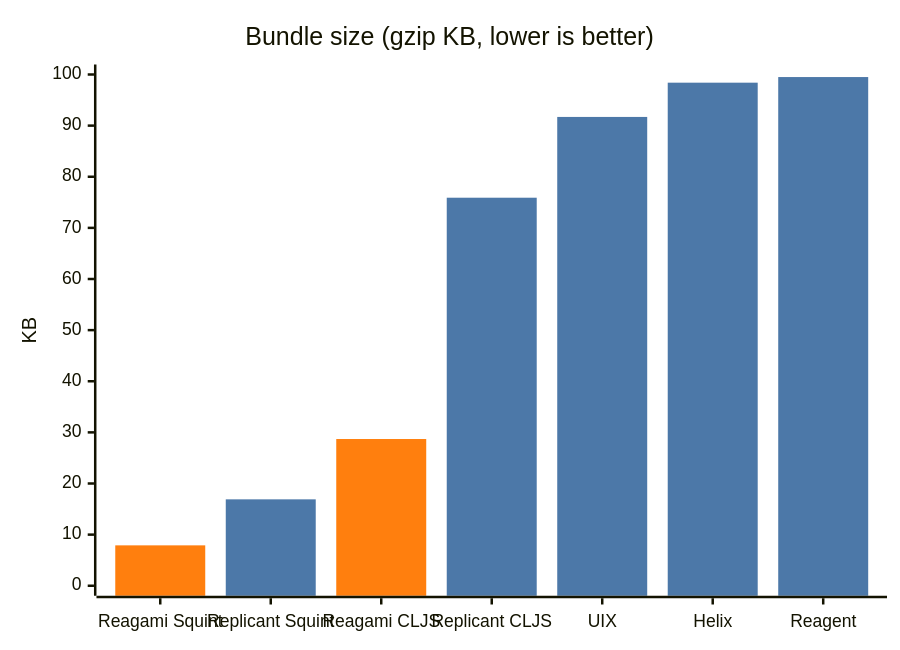
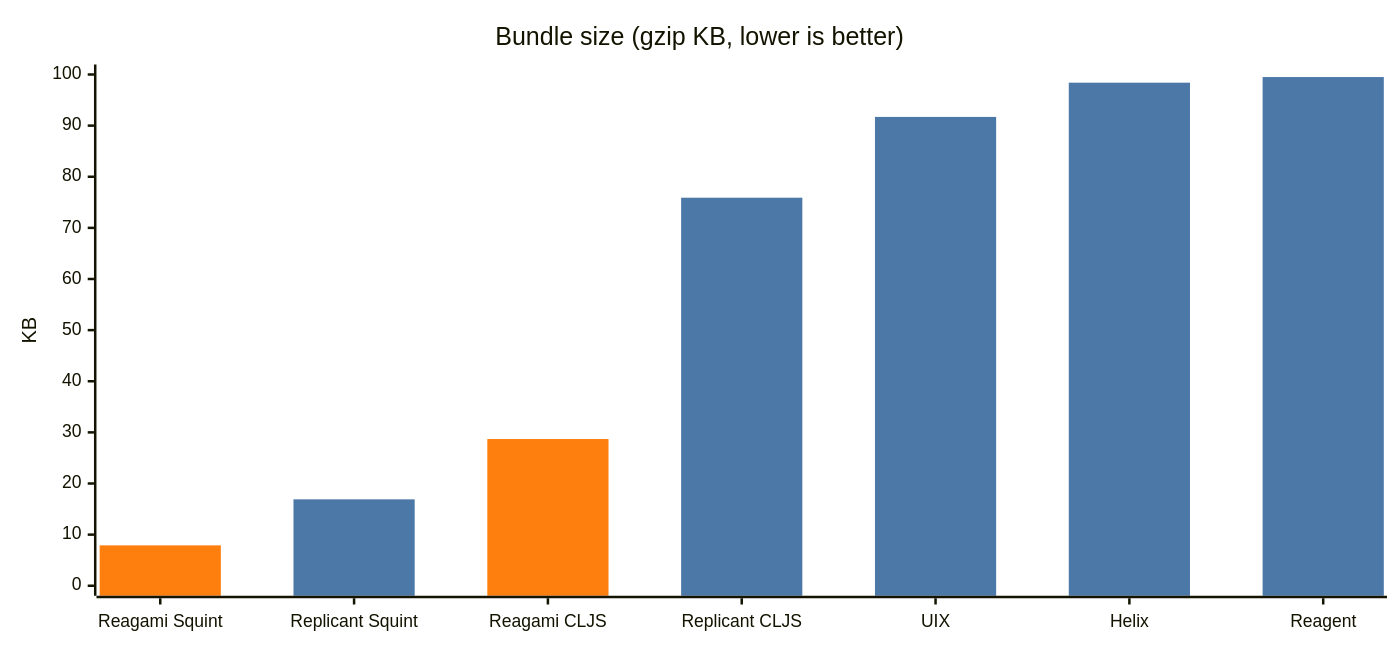
One commit to borkdude/reagami changed the second of 2 diagrams in README.md. Above: the diagram before and after it, drawn with Mermaid. The commit also changed other lines of this file and 1 other file, not shown here.

Commit message:
Widen charts to stop x-axis label overlap

````diff
--- a/README.md
+++ b/README.md
@@ -200,14 +203,17 @@
 ```mermaid
 ---
 config:
+  xyChart:
+    width: 1100
+    height: 500
   themeVariables:
     xyChart:
       plotColorPalette: "#ff7f0e, #4c78a8"
 ---
 xychart-beta
     title "Bundle size (gzip KB, lower is better)"
     x-axis ["Reagami Squint", "Replicant Squint", "Reagami CLJS", "Replicant CLJS", "UIX", "Helix", "Reagent"]
     y-axis "KB" 0 --> 100
     bar [7.9, -5, 28.7, -5, -5, -5, -5]
     bar [-5, 16.9, -5, 75.9, 91.7, 98.4, 99.5]
 ```
````
